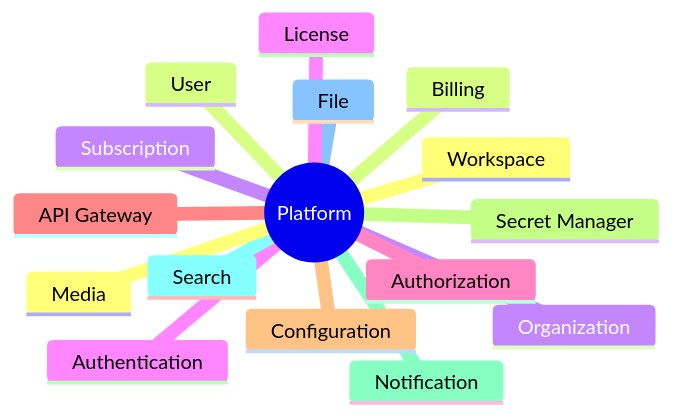
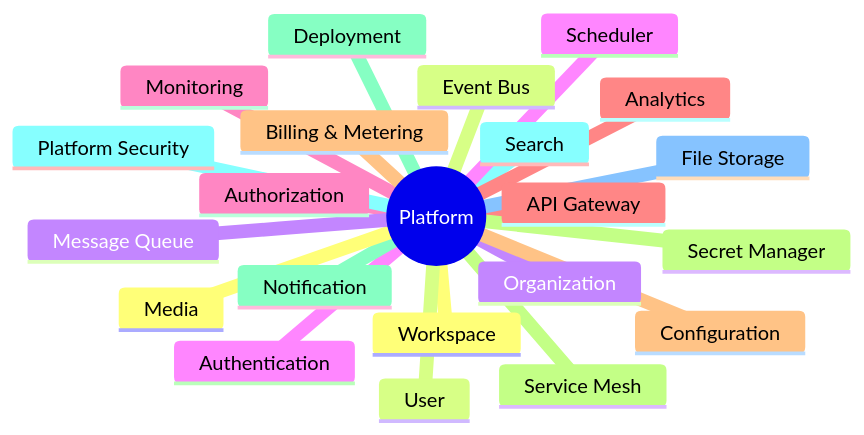
Before and after one commit to Buicongbang04/Social_OS: the second of 4 diagrams in docs/platform/README.md, drawn with Mermaid. The commit also changed other lines of this file and 55 other files, not shown here.

````diff
--- a/docs/platform/README.md
+++ b/docs/platform/README.md
@@ -163,19 +176,25 @@
 ```mermaid
 mindmap
   root((Platform))
     Workspace
     User
     Organization
     Authentication
     Authorization
     API Gateway
     Configuration
     Secret Manager
     Notification
     Search
-    File
+    File Storage
     Media
-    Billing
-    Subscription
-    License
+    Event Bus
+    Message Queue
+    Scheduler
+    Monitoring
+    Analytics
+    Billing & Metering
+    Service Mesh
+    Deployment
+    Platform Security
 ```
````
